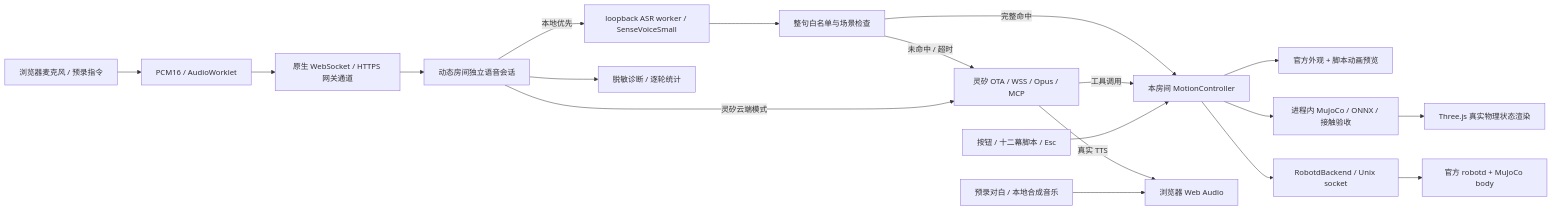
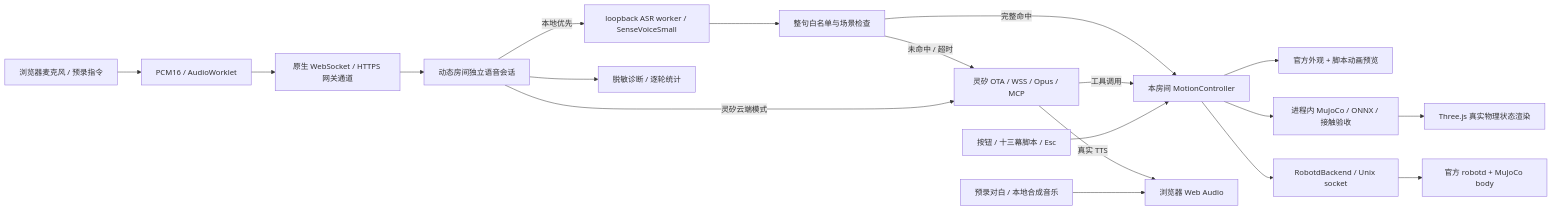
Before and after one commit to zhoutingunl/DuckKing: the diagram in docs/ARCHITECTURE.md, drawn with Mermaid. The commit also changed other lines of this file and 32 other files, not shown here.

````diff
--- a/docs/ARCHITECTURE.md
+++ b/docs/ARCHITECTURE.md
@@ -11,21 +11,21 @@
 ```mermaid
 flowchart LR
     Mic[浏览器麦克风 / 预录指令] --> PCM[PCM16 / AudioWorklet]
     PCM --> Transport[原生 WebSocket / HTTPS 网关通道]
     Transport --> Hybrid[动态房间独立语音会话]
     Hybrid -->|本地优先| ASR[loopback ASR worker / SenseVoiceSmall]
     ASR --> Grammar[整句白名单与场景检查]
     Grammar -->|完整命中| Motion[本房间 MotionController]
     Grammar -->|未命中 / 超时| Cloud[灵矽 OTA / WSS / Opus / MCP]
     Hybrid -->|灵矽云端模式| Cloud
     Cloud -->|工具调用| Motion
     Cloud -->|真实 TTS| Audio[浏览器 Web Audio]
-    Buttons[按钮 / 十二幕脚本 / Esc] --> Motion
+    Buttons[按钮 / 十三幕脚本 / Esc] --> Motion
     Motion --> Preview[官方外观 + 脚本动画预览]
     Motion --> Sim[进程内 MuJoCo / ONNX / 接触验收]
     Motion --> Adapter[RobotdBackend / Unix socket]
     Adapter --> Robot[官方 robotd + MuJoCo body]
     Sim --> View[Three.js 真实物理状态渲染]
     Score[预录对白 / 本地合成音乐] --> Audio
     Hybrid --> Stats[脱敏诊断 / 逐轮统计]
 ```
````
